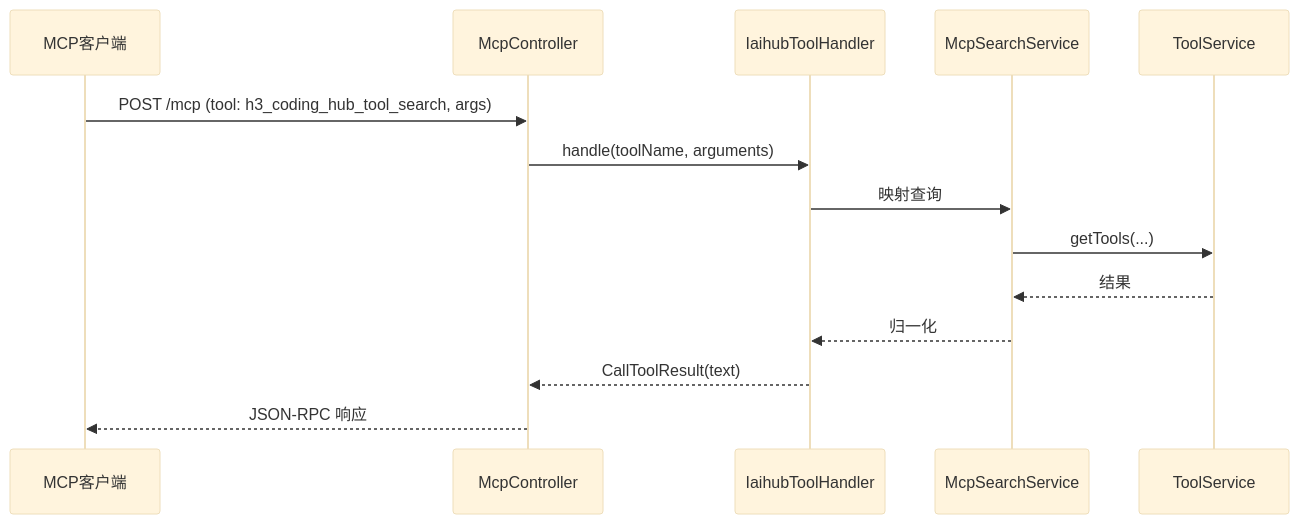
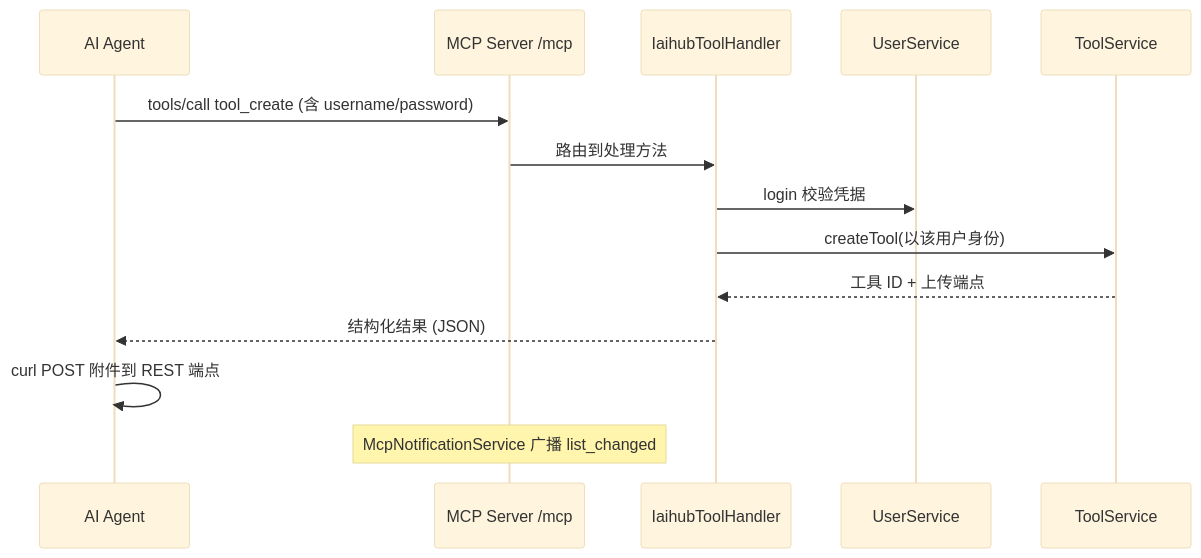
One commit to mambo-wang/CodingHub changed the second of 2 diagrams in repowiki/wiki/modules/MCP服务.md. Above: the diagram before and after it, drawn with Mermaid (base theme). The commit also changed other lines of this file and 59 other files, not shown here.

````diff
--- a/repowiki/wiki/modules/MCP服务.md
+++ b/repowiki/wiki/modules/MCP服务.md
@@ -107,16 +124,16 @@
 ```mermaid
 sequenceDiagram
-    participant CLI as MCP客户端
-    participant MC as McpController
-    participant IH as IaihubToolHandler
-    participant SS as McpSearchService
-    participant TS as ToolService
-    CLI->>MC: POST /mcp (tool: h3_coding_hub_tool_search, args)
-    MC->>IH: handle(toolName, arguments)
-    IH->>SS: 映射查询
-    SS->>TS: getTools(...)
-    TS-->>SS: 结果
-    SS-->>IH: 归一化
-    IH-->>MC: CallToolResult(text)
-    MC-->>CLI: JSON-RPC 响应
+    participant A as AI Agent
+    participant M as MCP Server /mcp
+    participant H as IaihubToolHandler
+    participant U as UserService
+    participant T as ToolService
+    A->>M: tools/call tool_create (含 username/password)
+    M->>H: 路由到处理方法
+    H->>U: login 校验凭据
+    H->>T: createTool(以该用户身份)
+    T-->>H: 工具 ID + 上传端点
+    H-->>A: 结构化结果 (JSON)
+    A->>A: curl POST 附件到 REST 端点
+    Note over M: McpNotificationService 广播 list_changed
 ```
````
